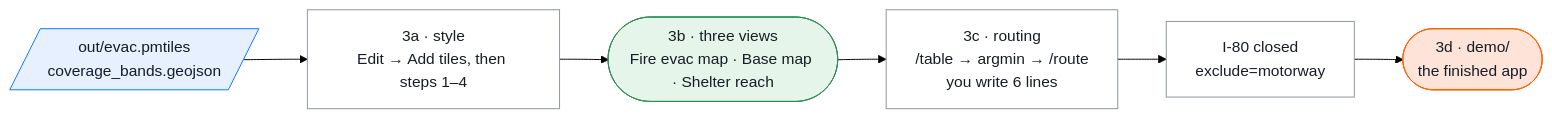
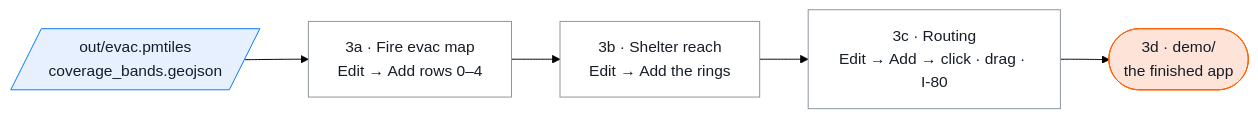
One commit to vishal4c/routes-to-safety-workshop changed the fifth of 6 diagrams in README.md. Above: the diagram before and after it, drawn with Mermaid (forest theme). The commit also changed other lines of this file and 14 other files, not shown here.

Commit message:
README Phase 3: one line per click with a screenshot of the result (rows 0–4, reach rings, routing, I-80 closed); 3b/3c cut to what to Add and what it shows

````diff
--- a/README.md
+++ b/README.md
@@ -209,15 +209,14 @@
 ```mermaid
 flowchart LR
   classDef file fill:#E6F0FF,stroke:#0678FF,color:#161D26
   classDef step fill:#FFFFFF,stroke:#8A939B,color:#161D26
   classDef chk  fill:#E6F5EA,stroke:#2E8B57,color:#161D26
   classDef out  fill:#FEE3D8,stroke:#FF6101,color:#161D26
 
   PM[/"out/evac.pmtiles<br/>coverage_bands.geojson"/]:::file
-  S["3a · style<br/>Edit → Add tiles, then steps 1–4"]:::step
-  V(["3b · three views<br/>Fire evac map · Base map · Shelter reach"]):::chk
-  R["3c · routing<br/>/table → argmin → /route<br/>you write 6 lines"]:::step
-  I80["I-80 closed<br/>exclude=motorway"]:::step
+  S["3a · Fire evac map<br/>Edit → Add rows 0–4"]:::step
+  V["3b · Shelter reach<br/>Edit → Add the rings"]:::step
+  R["3c · Routing<br/>Edit → Add → click · drag · I-80"]:::step
   D(["3d · demo/<br/>the finished app"]):::out
-  PM --> S --> V --> R --> I80 --> D
+  PM --> S --> V --> R --> D
 ```
````
